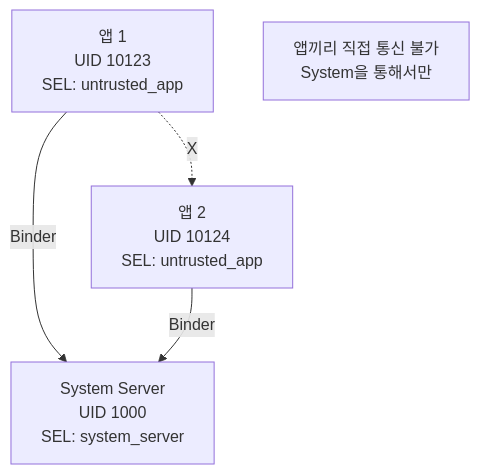
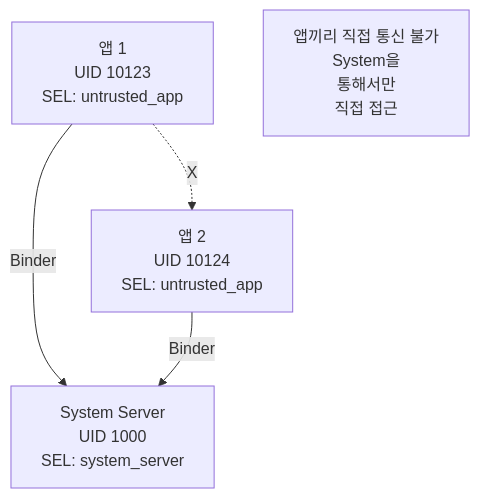
One commit to youngmin-gwon/what-i-studied changed the second of 4 diagrams in 01_inbox/android/05_security_privacy/android-security-and-sandboxing.md. Above: the diagram before and after it, drawn with Mermaid. The commit also changed other lines of this file and 6 other files, not shown here.

````diff
--- a/01_inbox/android/05_security_privacy/android-security-and-sandboxing.md
+++ b/01_inbox/android/05_security_privacy/android-security-and-sandboxing.md
@@ -128,12 +128,12 @@
 ```mermaid
 graph TB
     App1[앱 1<br/>UID 10123<br/>SEL: untrusted_app]
     App2[앱 2<br/>UID 10124<br/>SEL: untrusted_app]
     System[System Server<br/>UID 1000<br/>SEL: system_server]
     
     App1 -.X.-> App2
     App1 -->|Binder| System
     App2 -->|Binder| System
     
-    Note[앱끼리 직접 통신 불가<br/>System을 통해서만]
+    Note[앱끼리 직접 통신 불가<br/>System을<br>통해서만<br>직접 접근]
 ```
````
